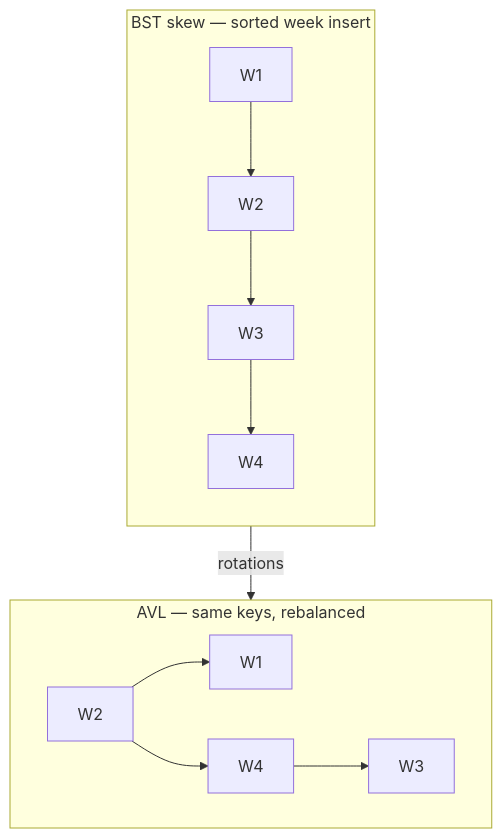
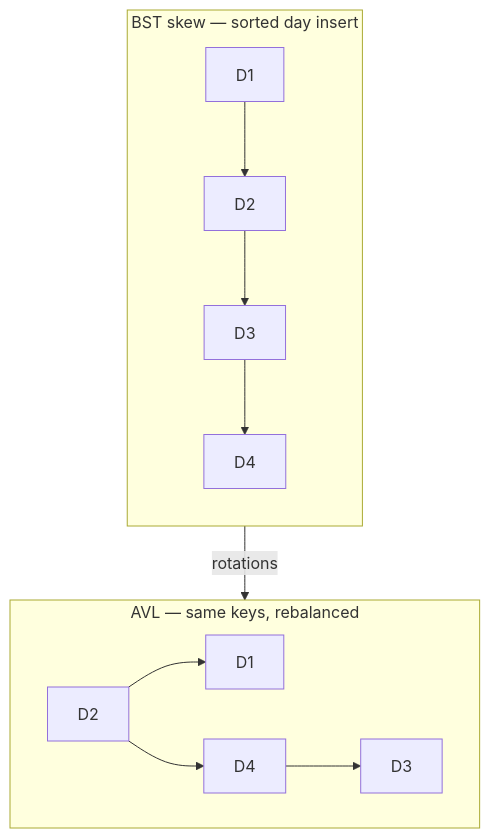
Before and after one commit to qgjones9/python-programming-guide: the first of 5 diagrams in docs/dsa/data-structures/avl-tree/index.md, drawn with Mermaid. The commit also changed other lines of this file and 29 other files, not shown here.

````diff
--- a/docs/dsa/data-structures/avl-tree/index.md
+++ b/docs/dsa/data-structures/avl-tree/index.md
@@ -32,14 +32,14 @@
 ```mermaid
 flowchart TB
-  subgraph before["BST skew — sorted week insert"]
+  subgraph before["BST skew — sorted day insert"]
     direction TB
-    W1["W1"] --> W2["W2"] --> W3["W3"] --> W4["W4"]
+    D1["D1"] --> D2["D2"] --> D3["D3"] --> D4["D4"]
   end
   subgraph after["AVL — same keys, rebalanced"]
-    W2a["W2"]
-    W2a --> W1a["W1"]
-    W2a --> W4a["W4"]
-    W4a --> W3a["W3"]
+    D2a["D2"]
+    D2a --> D1a["D1"]
+    D2a --> D4a["D4"]
+    D4a --> D3a["D3"]
   end
   before -->|"rotations"| after
 ```
````
